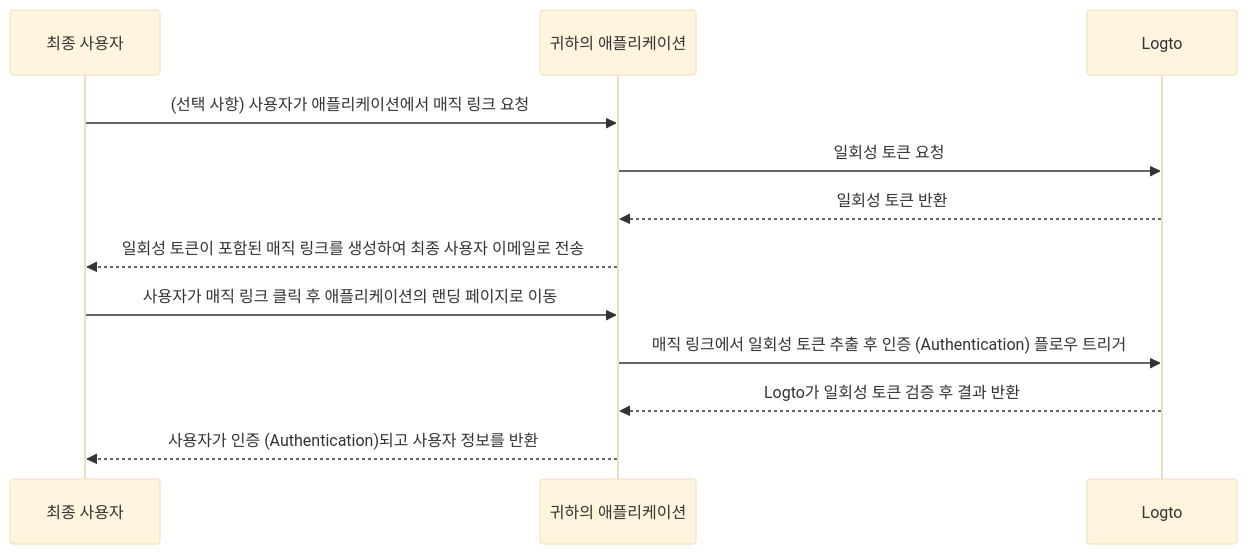
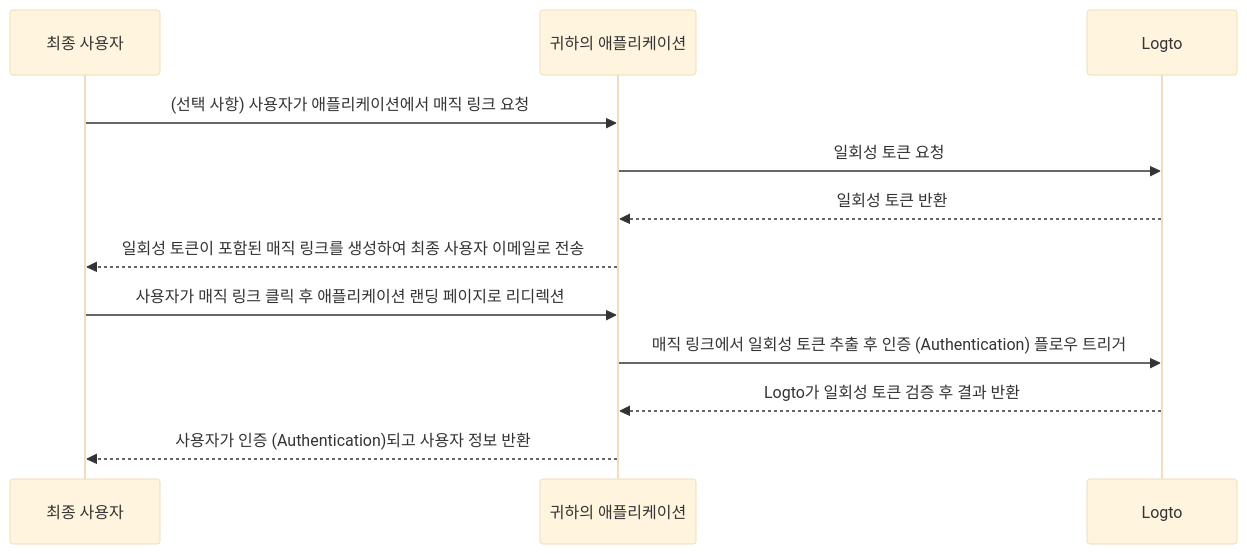
One commit to logto-io/docs changed the diagram in i18n/ko/docusaurus-plugin-content-docs/current/end-user-flows/one-time-token.mdx. Above: the diagram before and after it, drawn with Mermaid (base theme). The commit also changed other lines of this file and 117 other files, not shown here.

````diff
--- a/i18n/ko/docusaurus-plugin-content-docs/current/end-user-flows/one-time-token.mdx
+++ b/i18n/ko/docusaurus-plugin-content-docs/current/end-user-flows/one-time-token.mdx
@@ -40,15 +38,15 @@
 ```mermaid
 sequenceDiagram
   participant U as 최종 사용자
   participant C as 귀하의 애플리케이션
   participant L as Logto
 
   U ->> C: (선택 사항) 사용자가 애플리케이션에서 매직 링크 요청
   C ->> L: 일회성 토큰 요청
   L -->> C: 일회성 토큰 반환
   C -->> U: 일회성 토큰이 포함된 매직 링크를 생성하여 최종 사용자 이메일로 전송
-  U ->> C: 사용자가 매직 링크 클릭 후 애플리케이션의 랜딩 페이지로 이동
+  U ->> C: 사용자가 매직 링크 클릭 후 애플리케이션 랜딩 페이지로 리디렉션
   C ->> L: 매직 링크에서 일회성 토큰 추출 후 인증 (Authentication) 플로우 트리거
   L -->> C: Logto가 일회성 토큰 검증 후 결과 반환
-  C -->> U: 사용자가 인증 (Authentication)되고 사용자 정보를 반환
+  C -->> U: 사용자가 인증 (Authentication)되고 사용자 정보 반환
 ```
````
